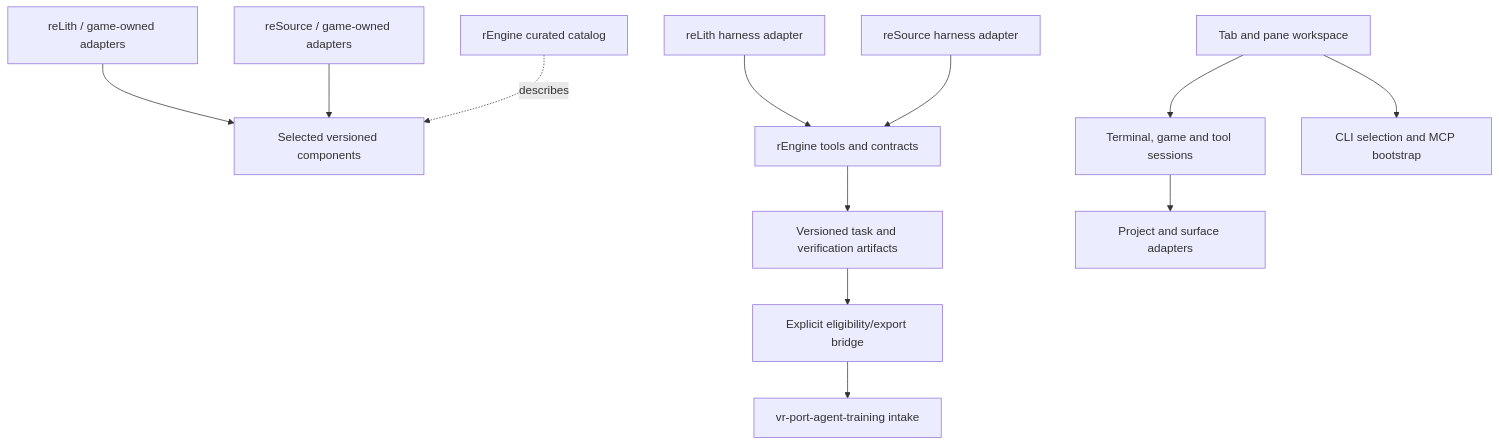
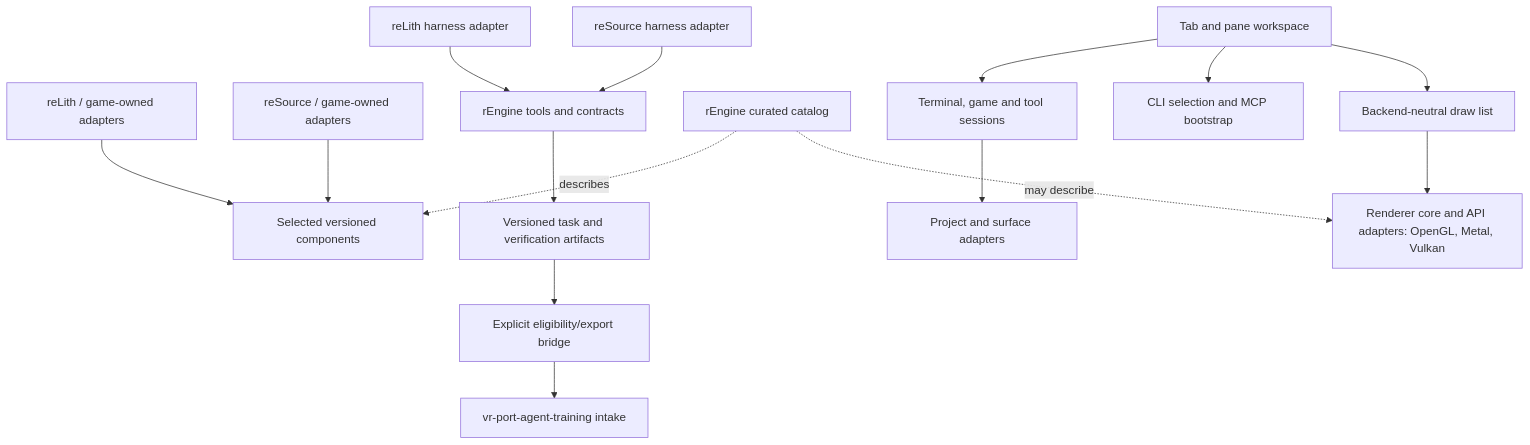
The diagram in docs/architecture.md (alex-nax/rengine), drawn with Mermaid before and after one commit. The commit also changed other lines of this file and 36 other files, not shown here.

````diff
--- a/docs/architecture.md
+++ b/docs/architecture.md
@@ -48,14 +48,17 @@
 ```mermaid
 flowchart TD
   Lith[reLith / game-owned adapters] --> Components[Selected versioned components]
   Source[reSource / game-owned adapters] --> Components
   LithHarness[reLith harness adapter] --> Tools[rEngine tools and contracts]
   SourceHarness[reSource harness adapter] --> Tools
   Tools --> Evidence[Versioned task and verification artifacts]
   Evidence --> Bridge[Explicit eligibility/export bridge]
   Bridge --> Training[vr-port-agent-training intake]
   Catalog[rEngine curated catalog] -. describes .-> Components
   Workspace[Tab and pane workspace] --> Sessions[Terminal, game and tool sessions]
   Sessions --> HostAdapters[Project and surface adapters]
   Workspace --> AgentLaunch[CLI selection and MCP bootstrap]
+  Workspace --> DrawList[Backend-neutral draw list]
+  DrawList --> Renderer[Renderer core and API adapters: OpenGL, Metal, Vulkan]
+  Catalog -. may describe .-> Renderer
 ```
````
